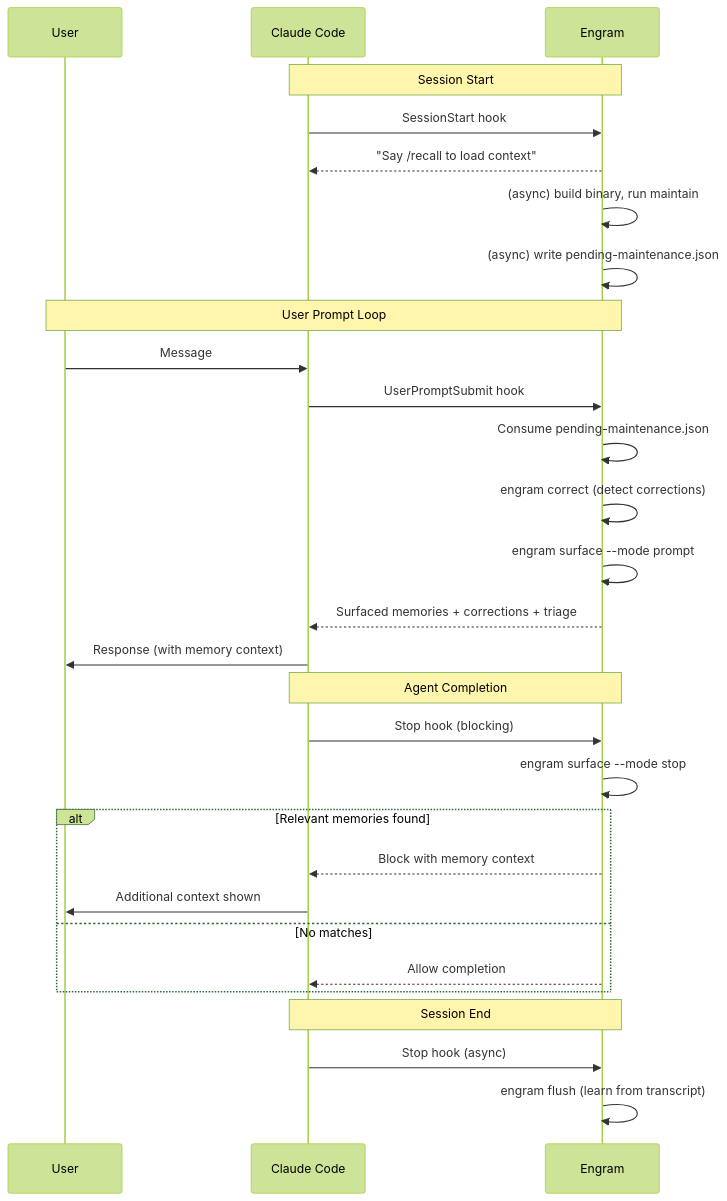
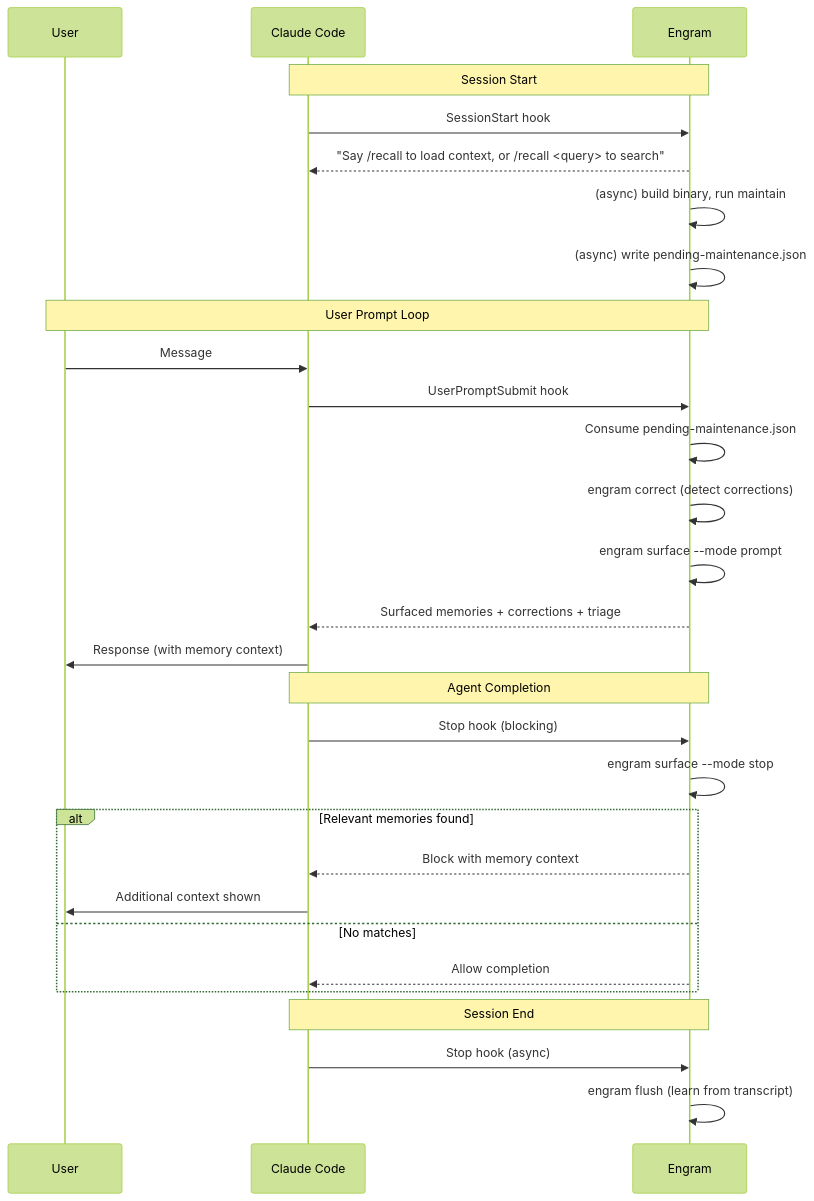
Before and after one commit to toejough/engram: the diagram in docs/design/session-lifecycle.md, drawn with Mermaid (forest theme). The commit also changed other lines of this file, not shown here.

Commit message:
docs: fix truncated recall message in session lifecycle
The SessionStart hook emits both /recall and /recall <query> modes,
but session-lifecycle.md only documented the plain /recall variant.
Updated the description and sequence diagram to match the actual
hook script message.

AI-Used: [claude]

````diff
--- a/docs/design/session-lifecycle.md
+++ b/docs/design/session-lifecycle.md
@@ -39,35 +39,35 @@
 ```mermaid
 sequenceDiagram
     participant U as User
     participant CC as Claude Code
     participant E as Engram
 
     Note over CC,E: Session Start
     CC->>E: SessionStart hook
-    E-->>CC: "Say /recall to load context"
+    E-->>CC: "Say /recall to load context, or /recall <query> to search"
     E->>E: (async) build binary, run maintain
     E->>E: (async) write pending-maintenance.json
 
     Note over U,E: User Prompt Loop
     U->>CC: Message
     CC->>E: UserPromptSubmit hook
     E->>E: Consume pending-maintenance.json
     E->>E: engram correct (detect corrections)
     E->>E: engram surface --mode prompt
     E-->>CC: Surfaced memories + corrections + triage
     CC->>U: Response (with memory context)
 
     Note over CC,E: Agent Completion
     CC->>E: Stop hook (blocking)
     E->>E: engram surface --mode stop
     alt Relevant memories found
         E-->>CC: Block with memory context
         CC->>U: Additional context shown
     else No matches
         E-->>CC: Allow completion
     end
 
     Note over CC,E: Session End
     CC->>E: Stop hook (async)
     E->>E: engram flush (learn from transcript)
 ```
````
